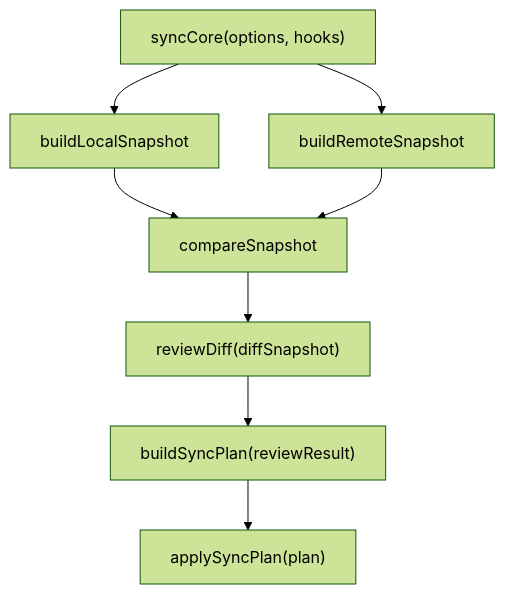
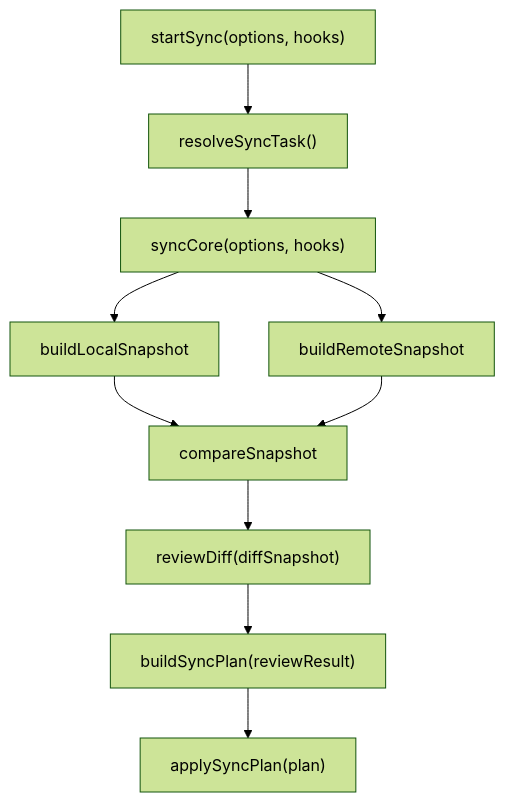
The second of 2 diagrams in docs/Architecture.md (agalloch21/sync-with-rclone), drawn with Mermaid (forest theme) before and after one commit. The commit also changed other lines of this file and 20 other files, not shown here.

````diff
--- a/docs/Architecture.md
+++ b/docs/Architecture.md
@@ -136,10 +169,12 @@
 ```mermaid
 flowchart TD
-  A["syncCore(options, hooks)"] --> B["buildLocalSnapshot"]
-  A --> C["buildRemoteSnapshot"]
-  B --> D["compareSnapshot"]
-  C --> D
-  D --> E["reviewDiff(diffSnapshot)"]
-  E --> F["buildSyncPlan(reviewResult)"]
-  F --> G["applySyncPlan(plan)"]
+  A["startSync(options, hooks)"] --> B["resolveSyncTask()"]
+  B --> C["syncCore(options, hooks)"]
+  C --> D["buildLocalSnapshot"]
+  C --> E["buildRemoteSnapshot"]
+  D --> F["compareSnapshot"]
+  E --> F
+  F --> G["reviewDiff(diffSnapshot)"]
+  G --> H["buildSyncPlan(reviewResult)"]
+  H --> I["applySyncPlan(plan)"]
 ```
````
